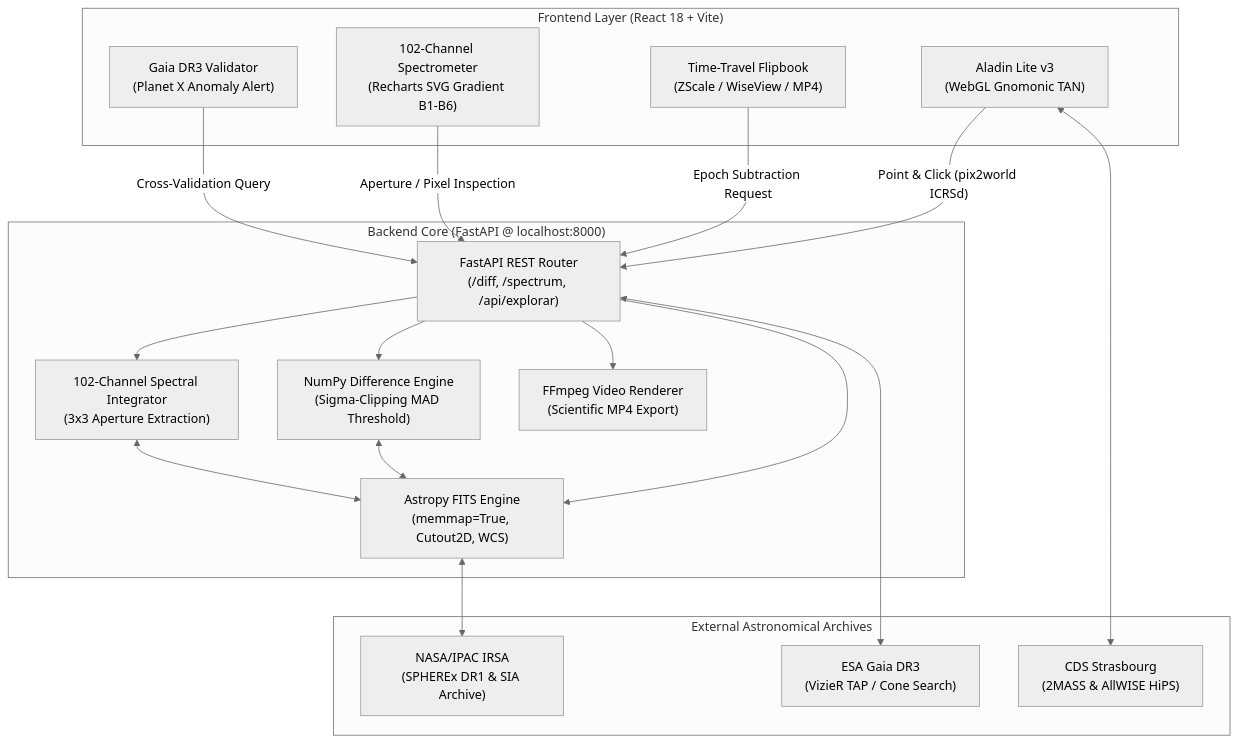
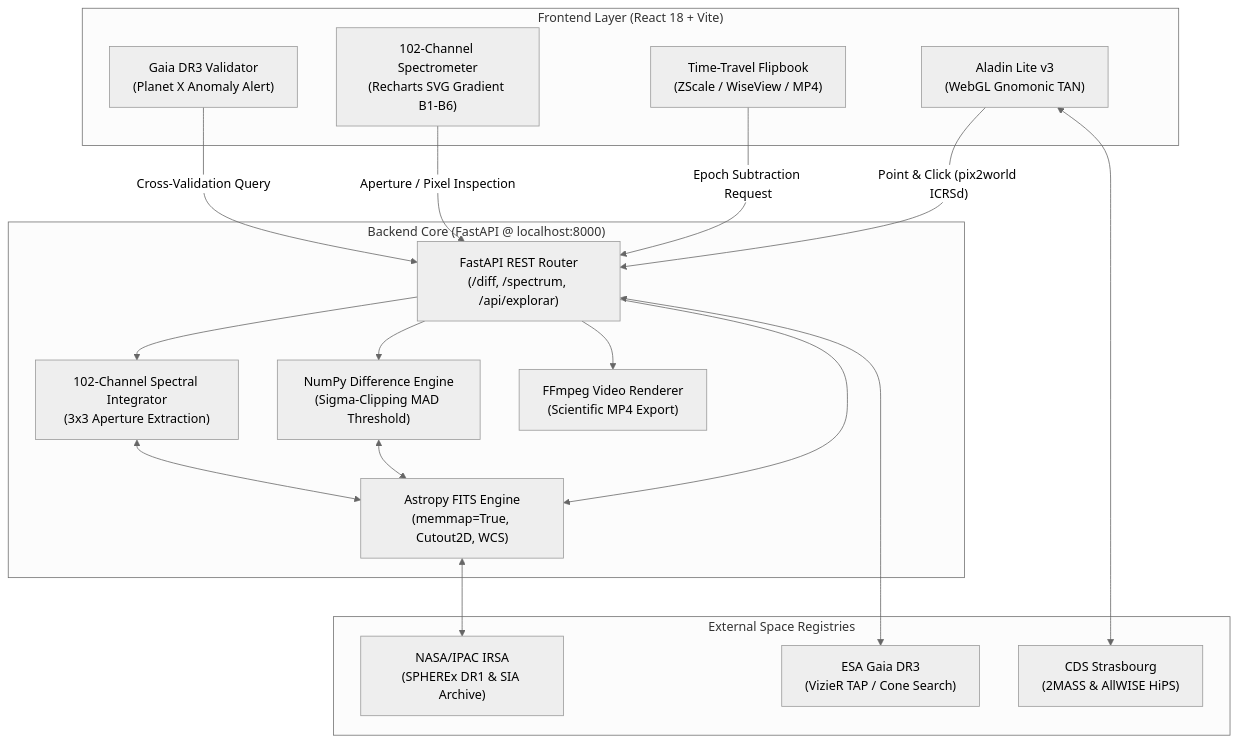
The diagram in README.md (Yishaq02/LSAF-NASA), drawn with Mermaid (neutral theme) before and after one commit. The commit also changed other lines of this file and 2 other files, not shown here.

Commit message:
docs: translate and rewrite all architecture documentation to 100% technical English

````diff
--- a/README.md
+++ b/README.md
@@ -73,39 +73,39 @@
 ```mermaid
 flowchart TD
     subgraph UI["Frontend Layer (React 18 + Vite)"]
         AL["Aladin Lite v3\n(WebGL Gnomonic TAN)"]
         FB["Time-Travel Flipbook\n(ZScale / WiseView / MP4)"]
         SC["102-Channel Spectrometer\n(Recharts SVG Gradient B1-B6)"]
         GP["Gaia DR3 Validator\n(Planet X Anomaly Alert)"]
     end
 
     subgraph API["Backend Core (FastAPI @ localhost:8000)"]
         ROUTER["FastAPI REST Router\n(/diff, /spectrum, /api/explorar)"]
         FITS["Astropy FITS Engine\n(memmap=True, Cutout2D, WCS)"]
         DIFF["NumPy Difference Engine\n(Sigma-Clipping MAD Threshold)"]
         SPEC["102-Channel Spectral Integrator\n(3x3 Aperture Extraction)"]
         VID["FFmpeg Video Renderer\n(Scientific MP4 Export)"]
     end
 
-    subgraph EXT["External Astronomical Archives"]
+    subgraph EXT["External Space Registries"]
         IRSA["NASA/IPAC IRSA\n(SPHEREx DR1 & SIA Archive)"]
         GAIA["ESA Gaia DR3\n(VizieR TAP / Cone Search)"]
         CDS["CDS Strasbourg\n(2MASS & AllWISE HiPS)"]
     end
 
     AL -- "Point & Click (pix2world ICRSd)" --> ROUTER
     FB -- "Epoch Subtraction Request" --> ROUTER
     SC -- "Aperture / Pixel Inspection" --> ROUTER
     GP -- "Cross-Validation Query" --> ROUTER
 
     ROUTER --> FITS
     ROUTER --> DIFF
     ROUTER --> SPEC
     ROUTER --> VID
 
     FITS <--> IRSA
     DIFF <--> FITS
     SPEC <--> FITS
     ROUTER <--> GAIA
     AL <--> CDS
 ```
````
